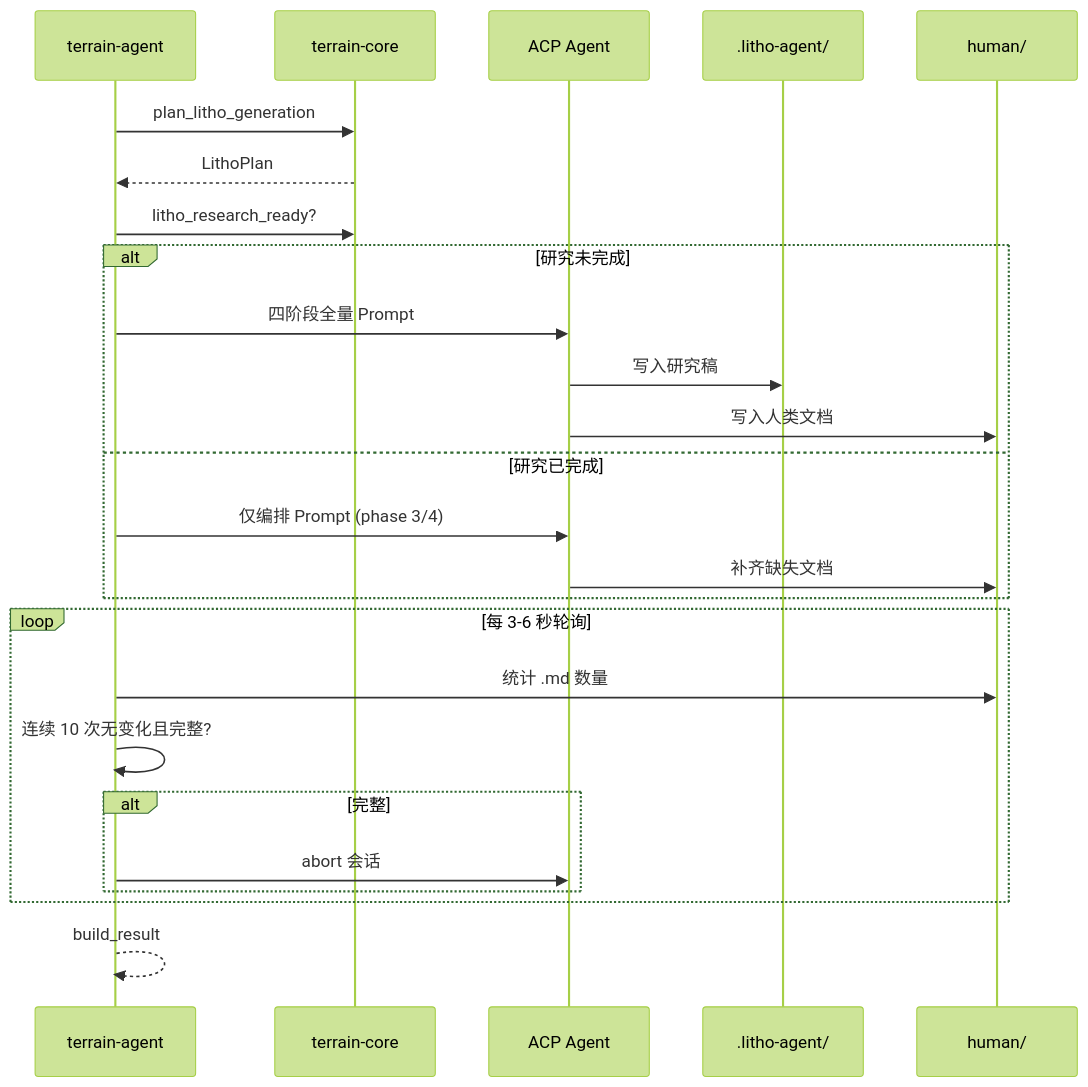
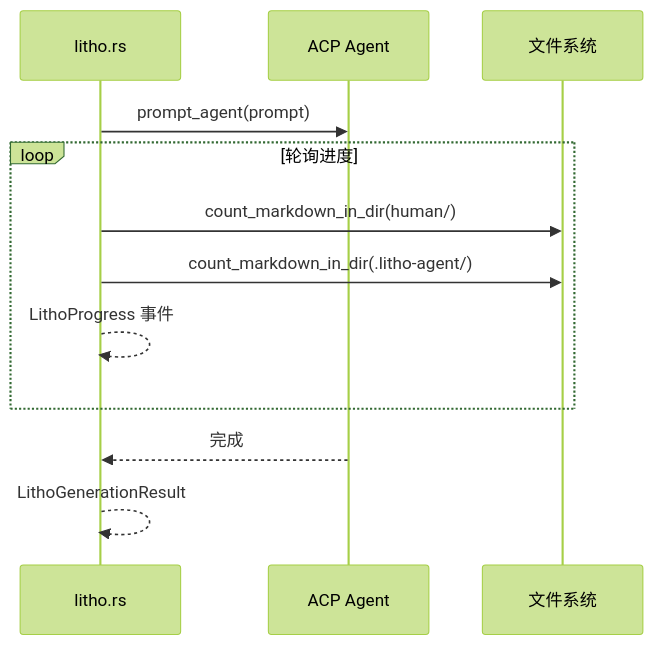
Before and after one commit to sopaco/terrain: the fifth of 6 diagrams in .terrain/human/3.工作流.md, drawn with Mermaid (forest theme). The commit also changed other lines of this file and 79 other files, not shown here.

````diff
--- a/.terrain/human/3.工作流.md
+++ b/.terrain/human/3.工作流.md
@@ -134,28 +106,15 @@
 ```mermaid
 sequenceDiagram
-    participant Agent as terrain-agent
-    participant Core as terrain-core
+    participant Litho as litho.rs
     participant ACP as ACP Agent
-    participant WS as .litho-agent/
-    participant Human as human/
+    participant FS as 文件系统
 
-    Agent->>Core: plan_litho_generation
-    Core-->>Agent: LithoPlan
-    Agent->>Core: litho_research_ready?
-    alt 研究未完成
-        Agent->>ACP: 四阶段全量 Prompt
-        ACP->>WS: 写入研究稿
-        ACP->>Human: 写入人类文档
-    else 研究已完成
-        Agent->>ACP: 仅编排 Prompt (phase 3/4)
-        ACP->>Human: 补齐缺失文档
+    Litho->>ACP: prompt_agent(prompt)
+    loop 轮询进度
+        Litho->>FS: count_markdown_in_dir(human/)
+        Litho->>FS: count_markdown_in_dir(.litho-agent/)
+        Litho-->>Litho: LithoProgress 事件
     end
-    loop 每 3-6 秒轮询
-        Agent->>Human: 统计 .md 数量
-        Agent->>Agent: 连续 10 次无变化且完整?
-        alt 完整
-            Agent->>ACP: abort 会话
-        end
-    end
-    Agent-->>Agent: build_result
+    ACP-->>Litho: 完成
+    Litho-->>Litho: LithoGenerationResult
 ```
````
